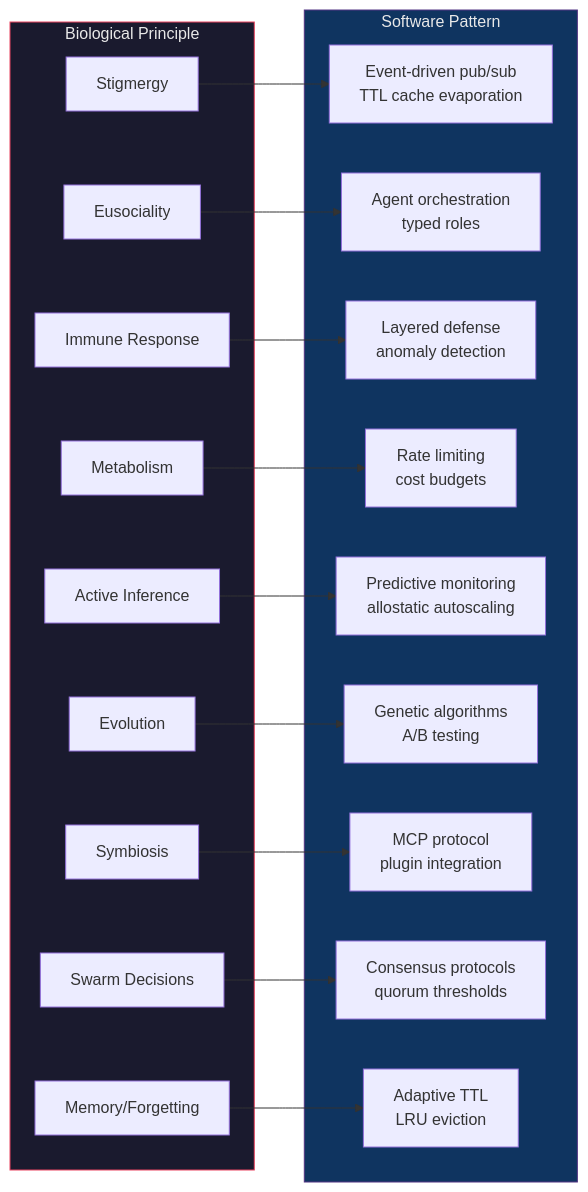
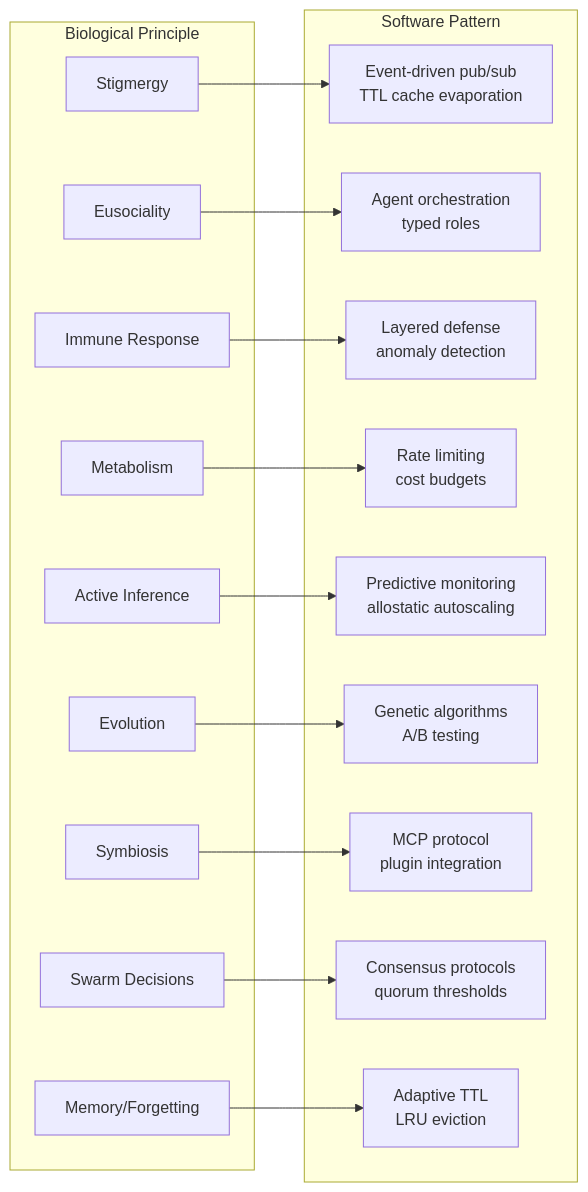
Before and after one commit to docxology/codomyrmex: the diagram in docs/bio/SPEC.md, drawn with Mermaid. The commit also changed 86 other files, not shown here.

````diff
--- a/docs/bio/SPEC.md
+++ b/docs/bio/SPEC.md
@@ -27,39 +27,36 @@
 ```mermaid
 graph LR
     subgraph BIO["Biological Principle"]
         S1["Stigmergy"]
         S2["Eusociality"]
         S3["Immune Response"]
         S4["Metabolism"]
         S5["Active Inference"]
         S6["Evolution"]
         S7["Symbiosis"]
         S8["Swarm Decisions"]
         S9["Memory/Forgetting"]
     end
 
     subgraph SW["Software Pattern"]
         P1["Event-driven pub/sub<br/>TTL cache evaporation"]
         P2["Agent orchestration<br/>typed roles"]
         P3["Layered defense<br/>anomaly detection"]
         P4["Rate limiting<br/>cost budgets"]
         P5["Predictive monitoring<br/>allostatic autoscaling"]
         P6["Genetic algorithms<br/>A/B testing"]
         P7["MCP protocol<br/>plugin integration"]
         P8["Consensus protocols<br/>quorum thresholds"]
         P9["Adaptive TTL<br/>LRU eviction"]
     end
 
     S1 --> P1
     S2 --> P2
     S3 --> P3
     S4 --> P4
     S5 --> P5
     S6 --> P6
     S7 --> P7
     S8 --> P8
     S9 --> P9
-
-    style BIO fill:#1a1a2e,stroke:#e94560,color:#e8e8e8
-    style SW fill:#0f3460,stroke:#533483,color:#e8e8e8
 ```
````
